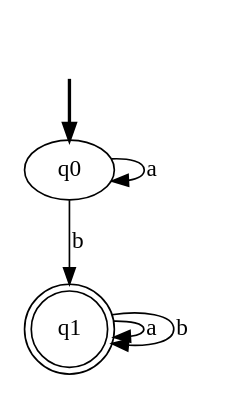
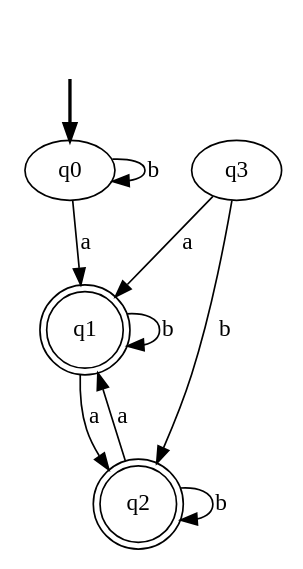
Before and after one commit to mohammad8017/TLA_Project1: the diagram in DFA_Schema/DFA_Diagram.dot, drawn with Graphviz. The commit also changed 8 other files, not shown here.

```diff
--- a/DFA_Schema/DFA_Diagram.dot
+++ b/DFA_Schema/DFA_Diagram.dot
@@ -1,10 +1,16 @@
 digraph {
 	fake [style=invisible]
 	q1 [shape=doublecircle]
+	q3
+	q2 [shape=doublecircle]
 	q0 [root=true]
 	fake -> q0 [style=bold]
-	q0 -> q0 [label=a]
-	q0 -> q1 [label=b]
-	q1 -> q1 [label=a]
+	q0 -> q0 [label=b]
+	q0 -> q1 [label=a]
 	q1 -> q1 [label=b]
+	q1 -> q2 [label=a]
+	q2 -> q2 [label=b]
+	q2 -> q1 [label=a]
+	q3 -> q1 [label=a]
+	q3 -> q2 [label=b]
 }
```
